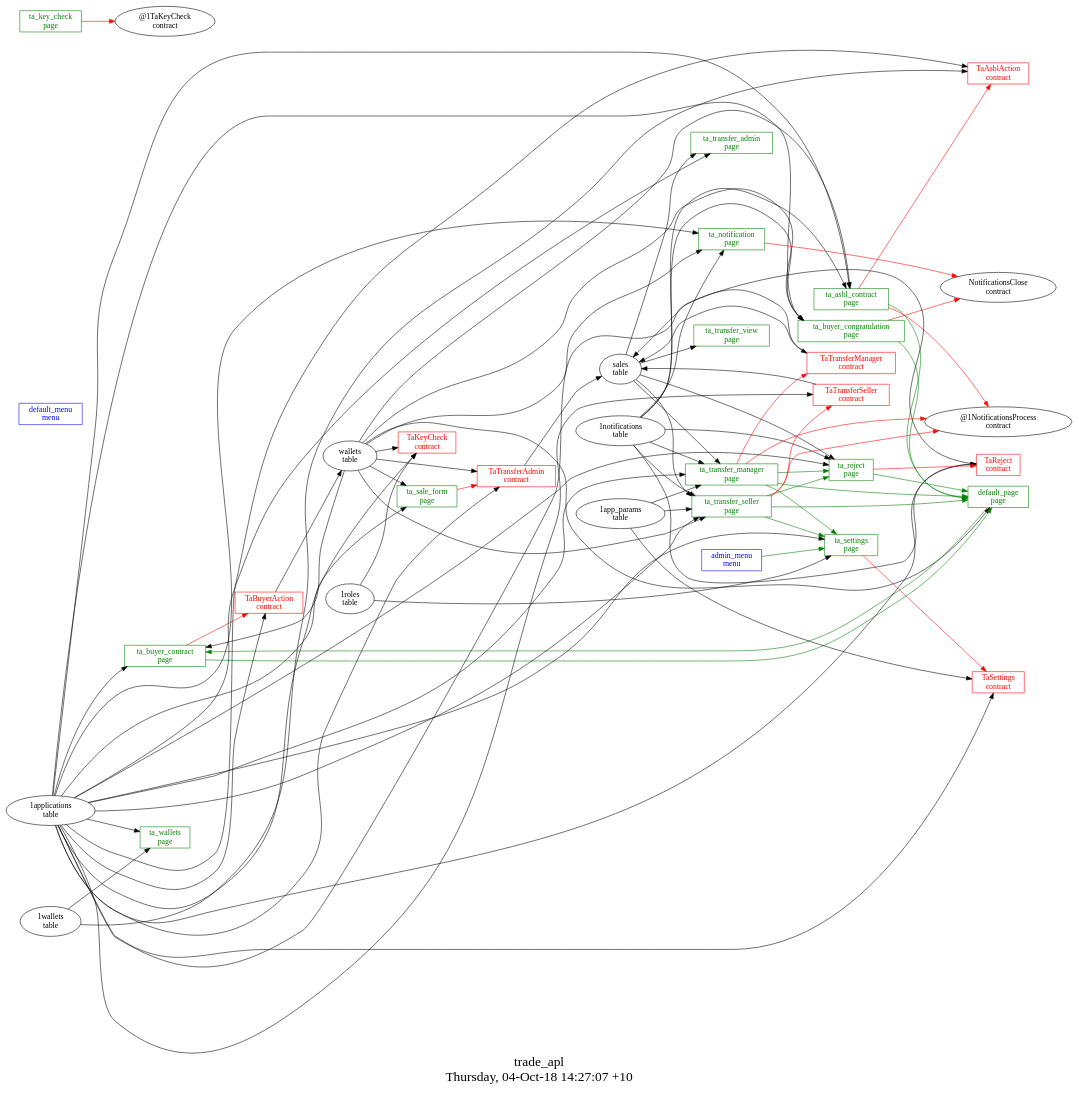
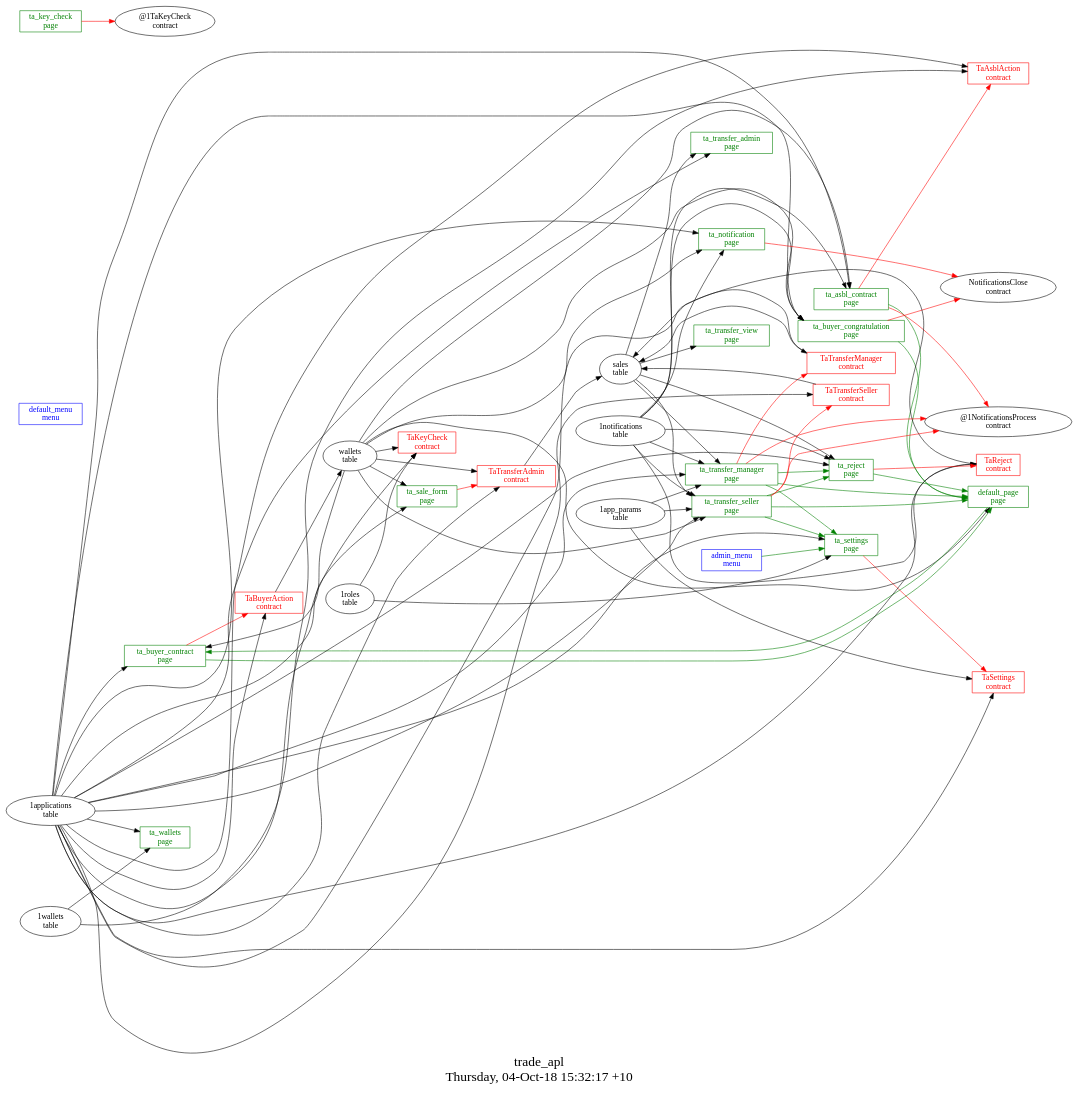
One commit to AplaProject/apps changed the diagram in other/trade_apl/struct.dot. Above: the diagram before and after it, drawn with Graphviz. The commit also changed 2 other files, not shown here.

Commit message:
Fixed trade_apl

```diff
--- a/other/trade_apl/struct.dot
+++ b/other/trade_apl/struct.dot
@@ -1,111 +1,111 @@
 digraph G {
 fontsize="24";
-label="trade_apl\nThursday, 04-Oct-18 14:27:07 +10";
+label="trade_apl\nThursday, 04-Oct-18 15:32:17 +10";
 nojustify=true;
 ordering=out;
 rankdir=LR;
 size="30";
 "admin_menu\nmenu" -> "ta_settings\npage"  [ color=green ]
 "admin_menu\nmenu" [color=blue, fontcolor=blue, group=menus, shape=record];
 "default_menu\nmenu" [color=blue, fontcolor=blue, group=menus, shape=record];
 "wallets\ntable" -> "default_page\npage"
 "default_page\npage" -> "ta_buyer_contract\npage"  [ color=green ]
 "default_page\npage" [color=green, fontcolor=green, group=pages, shape=record];
 "ta_asbl_contract\npage" -> "TaAsblAction\ncontract"  [ color=red ]
 "ta_asbl_contract\npage" -> "@1NotificationsProcess\ncontract"  [ color=red ]
 "1applications\ntable" -> "ta_asbl_contract\npage"
 "1notifications\ntable" -> "ta_asbl_contract\npage"
 "wallets\ntable" -> "ta_asbl_contract\npage"
 "ta_asbl_contract\npage" -> "default_page\npage"  [ color=green ]
 "ta_asbl_contract\npage" [color=green, fontcolor=green, group=pages, shape=record];
 "ta_buyer_congratulation\npage" -> "NotificationsClose\ncontract"  [ color=red ]
 "1applications\ntable" -> "ta_buyer_congratulation\npage"
 "1notifications\ntable" -> "ta_buyer_congratulation\npage"
 "wallets\ntable" -> "ta_buyer_congratulation\npage"
 "ta_buyer_congratulation\npage" -> "default_page\npage"  [ color=green ]
 "ta_buyer_congratulation\npage" [color=green, fontcolor=green, group=pages, shape=record];
 "ta_buyer_contract\npage" -> "TaBuyerAction\ncontract"  [ color=red ]
 "1applications\ntable" -> "ta_buyer_contract\npage"
 "wallets\ntable" -> "ta_buyer_contract\npage"
 "ta_buyer_contract\npage" -> "default_page\npage"  [ color=green ]
 "ta_buyer_contract\npage" [color=green, fontcolor=green, group=pages, shape=record];
 "ta_key_check\npage" -> "@1TaKeyCheck\ncontract"  [ color=red ]
 "ta_key_check\npage" [color=green, fontcolor=green, group=pages, shape=record];
 "ta_notification\npage" -> "NotificationsClose\ncontract"  [ color=red ]
 "1applications\ntable" -> "ta_notification\npage"
 "1notifications\ntable" -> "ta_notification\npage"
 "wallets\ntable" -> "ta_notification\npage"
 "ta_notification\npage" [color=green, fontcolor=green, group=pages, shape=record];
 "ta_reject\npage" -> "TaReject\ncontract"  [ color=red ]
 "1applications\ntable" -> "ta_reject\npage"
 "1notifications\ntable" -> "ta_reject\npage"
 "sales\ntable" -> "ta_reject\npage"
 "ta_reject\npage" -> "default_page\npage"  [ color=green ]
 "ta_reject\npage" [color=green, fontcolor=green, group=pages, shape=record];
 "ta_sale_form\npage" -> "TaTransferAdmin\ncontract"  [ color=red ]
 "1applications\ntable" -> "ta_sale_form\npage"
 "wallets\ntable" -> "ta_sale_form\npage"
 "ta_sale_form\npage" [color=green, fontcolor=green, group=pages, shape=record];
 "ta_settings\npage" -> "TaSettings\ncontract"  [ color=red ]
 "1applications\ntable" -> "ta_settings\npage"
 "1roles\ntable" -> "ta_settings\npage"
 "ta_settings\npage" [color=green, fontcolor=green, group=pages, shape=record];
 "1applications\ntable" -> "ta_transfer_admin\npage"
 "sales\ntable" -> "ta_transfer_admin\npage"
 "ta_transfer_admin\npage" [color=green, fontcolor=green, group=pages, shape=record];
 "ta_transfer_manager\npage" -> "TaTransferManager\ncontract"  [ color=red ]
 "ta_transfer_manager\npage" -> "@1NotificationsProcess\ncontract"  [ color=red ]
 "1applications\ntable" -> "ta_transfer_manager\npage"
 "1notifications\ntable" -> "ta_transfer_manager\npage"
 "sales\ntable" -> "ta_transfer_manager\npage"
 "1app_params\ntable" -> "ta_transfer_manager\npage"
 "ta_transfer_manager\npage" -> "ta_reject\npage"  [ color=green ]
 "ta_transfer_manager\npage" -> "default_page\npage"  [ color=green ]
 "ta_transfer_manager\npage" -> "ta_settings\npage"  [ color=green ]
 "ta_transfer_manager\npage" [color=green, fontcolor=green, group=pages, shape=record];
 "ta_transfer_seller\npage" -> "TaTransferSeller\ncontract"  [ color=red ]
 "ta_transfer_seller\npage" -> "@1NotificationsProcess\ncontract"  [ color=red ]
 "1applications\ntable" -> "ta_transfer_seller\npage"
 "1notifications\ntable" -> "ta_transfer_seller\npage"
 "sales\ntable" -> "ta_transfer_seller\npage"
 "wallets\ntable" -> "ta_transfer_seller\npage"
 "1app_params\ntable" -> "ta_transfer_seller\npage"
 "ta_transfer_seller\npage" -> "ta_reject\npage"  [ color=green ]
 "ta_transfer_seller\npage" -> "default_page\npage"  [ color=green ]
 "ta_transfer_seller\npage" -> "ta_settings\npage"  [ color=green ]
 "ta_transfer_seller\npage" [color=green, fontcolor=green, group=pages, shape=record];
 "sales\ntable" -> "ta_transfer_view\npage"
 "ta_transfer_view\npage" [color=green, fontcolor=green, group=pages, shape=record];
 "1applications\ntable" -> "ta_wallets\npage"
 "1wallets\ntable" -> "ta_wallets\npage"
 "ta_wallets\npage" [color=green, fontcolor=green, group=pages, shape=record];
 "1applications\ntable" -> "TaAsblAction\ncontract"
 "1wallets\ntable" -> "TaAsblAction\ncontract"
 "TaAsblAction\ncontract" [color=red, fontcolor=red, group=contracts, shape=record];
 "TaBuyerAction\ncontract" -> "wallets\ntable"  [ color="" ]
 "1applications\ntable" -> "TaBuyerAction\ncontract"
 "TaBuyerAction\ncontract" [color=red, fontcolor=red, group=contracts, shape=record];
 "wallets\ntable" -> "TaKeyCheck\ncontract"
 "1applications\ntable" -> "TaKeyCheck\ncontract"
 "1roles\ntable" -> "TaKeyCheck\ncontract"
 "TaKeyCheck\ncontract" [color=red, fontcolor=red, group=contracts, shape=record];
 "TaReject\ncontract" -> "sales\ntable"  [ color="" ]
 "1applications\ntable" -> "TaReject\ncontract"
 "1notifications\ntable" -> "TaReject\ncontract"
 "TaReject\ncontract" [color=red, fontcolor=red, group=contracts, shape=record];
 "1applications\ntable" -> "TaSettings\ncontract"
 "1app_params\ntable" -> "TaSettings\ncontract"
 "TaSettings\ncontract" [color=red, fontcolor=red, group=contracts, shape=record];
 "TaTransferAdmin\ncontract" -> "sales\ntable"  [ color="" ]
 "1applications\ntable" -> "TaTransferAdmin\ncontract"
 "wallets\ntable" -> "TaTransferAdmin\ncontract"
 "TaTransferAdmin\ncontract" [color=red, fontcolor=red, group=contracts, shape=record];
 "TaTransferManager\ncontract" -> "sales\ntable"  [ color="" ]
 "1applications\ntable" -> "TaTransferManager\ncontract"
 "TaTransferManager\ncontract" [color=red, fontcolor=red, group=contracts, shape=record];
 "TaTransferSeller\ncontract" -> "sales\ntable"  [ color="" ]
 "1applications\ntable" -> "TaTransferSeller\ncontract"
 "TaTransferSeller\ncontract" [color=red, fontcolor=red, group=contracts, shape=record];
 "sales\ntable" [color="", fontcolor="", group=tables, shape=""];
 "wallets\ntable" [color="", fontcolor="", group=tables, shape=""];
 }
```
